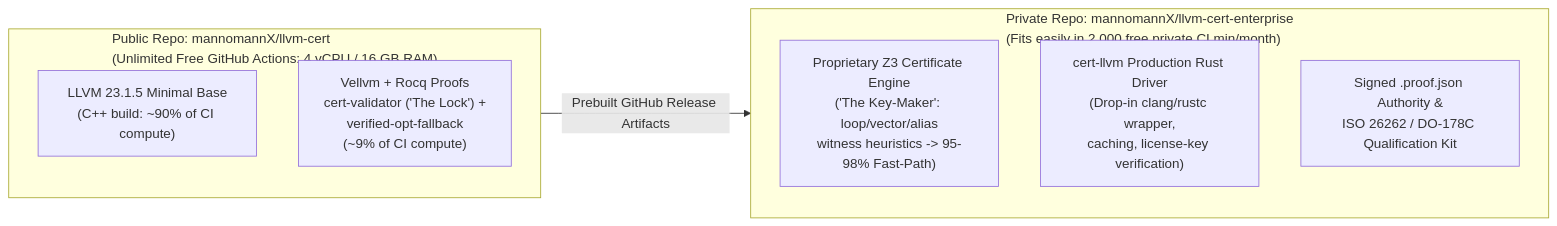
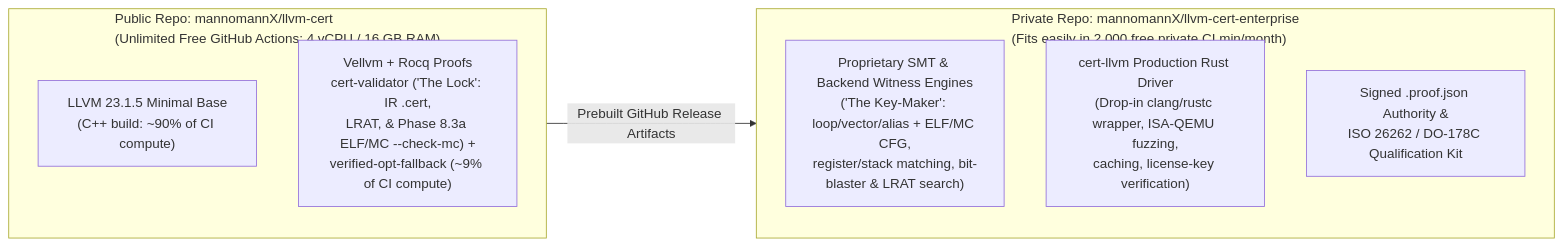
The diagram in plan/business-model-and-ip-strategy.md (mannomannX/llvm-cert), drawn with Mermaid before and after one commit. The commit also changed other lines of this file and 2 other files, not shown here.

Commit message:
docs(plan): adopt Weg A roadmap pulling Phase 8.3a Rocq ELF/MC validator forward

````diff
--- a/plan/business-model-and-ip-strategy.md
+++ b/plan/business-model-and-ip-strategy.md
@@ -24,15 +24,15 @@
 ```mermaid
 flowchart LR
     subgraph PublicRepo["Public Repo: mannomannX/llvm-cert\n(Unlimited Free GitHub Actions: 4 vCPU / 16 GB RAM)"]
         LLVM["LLVM 23.1.5 Minimal Base\n(C++ build: ~90% of CI compute)"]
-        Rocq["Vellvm + Rocq Proofs\ncert-validator ('The Lock') +\nverified-opt-fallback\n(~9% of CI compute)"]
+        Rocq["Vellvm + Rocq Proofs\ncert-validator ('The Lock': IR .cert,\nLRAT, & Phase 8.3a ELF/MC --check-mc) +\nverified-opt-fallback (~9% of CI compute)"]
     end
 
     subgraph PrivateRepo["Private Repo: mannomannX/llvm-cert-enterprise\n(Fits easily in 2,000 free private CI min/month)"]
-        Gen["Proprietary Z3 Certificate Engine\n('The Key-Maker': loop/vector/alias\nwitness heuristics -> 95-98% Fast-Path)"]
-        Orch["cert-llvm Production Rust Driver\n(Drop-in clang/rustc wrapper,\ncaching, license-key verification)"]
+        Gen["Proprietary SMT & Backend Witness Engines\n('The Key-Maker': loop/vector/alias + ELF/MC CFG,\nregister/stack matching, bit-blaster & LRAT search)"]
+        Orch["cert-llvm Production Rust Driver\n(Drop-in clang/rustc wrapper, ISA-QEMU fuzzing,\ncaching, license-key verification)"]
         QKit["Signed .proof.json Authority &\nISO 26262 / DO-178C Qualification Kit"]
     end
 
     PublicRepo -->|"Prebuilt GitHub Release Artifacts"| PrivateRepo
 ```
````
